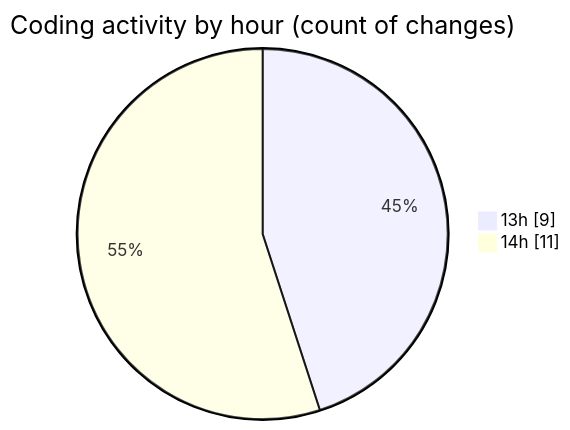
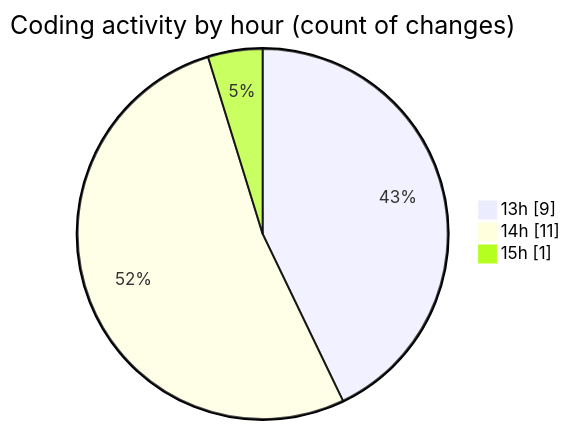
One commit to NitaiMahat/code-tracking changed the second of 2 diagrams in 2025-03-08/computer_202/README.md. Above: the diagram before and after it, drawn with Mermaid. The commit also changed other lines of this file and 1 other file, not shown here.

````diff
--- a/2025-03-08/computer_202/README.md
+++ b/2025-03-08/computer_202/README.md
@@ -33,6 +34,7 @@
 ```mermaid
 pie showData
 title Coding activity by hour (count of changes)
 "13h" : 9
 "14h" : 11
+"15h" : 1
 ```
````
